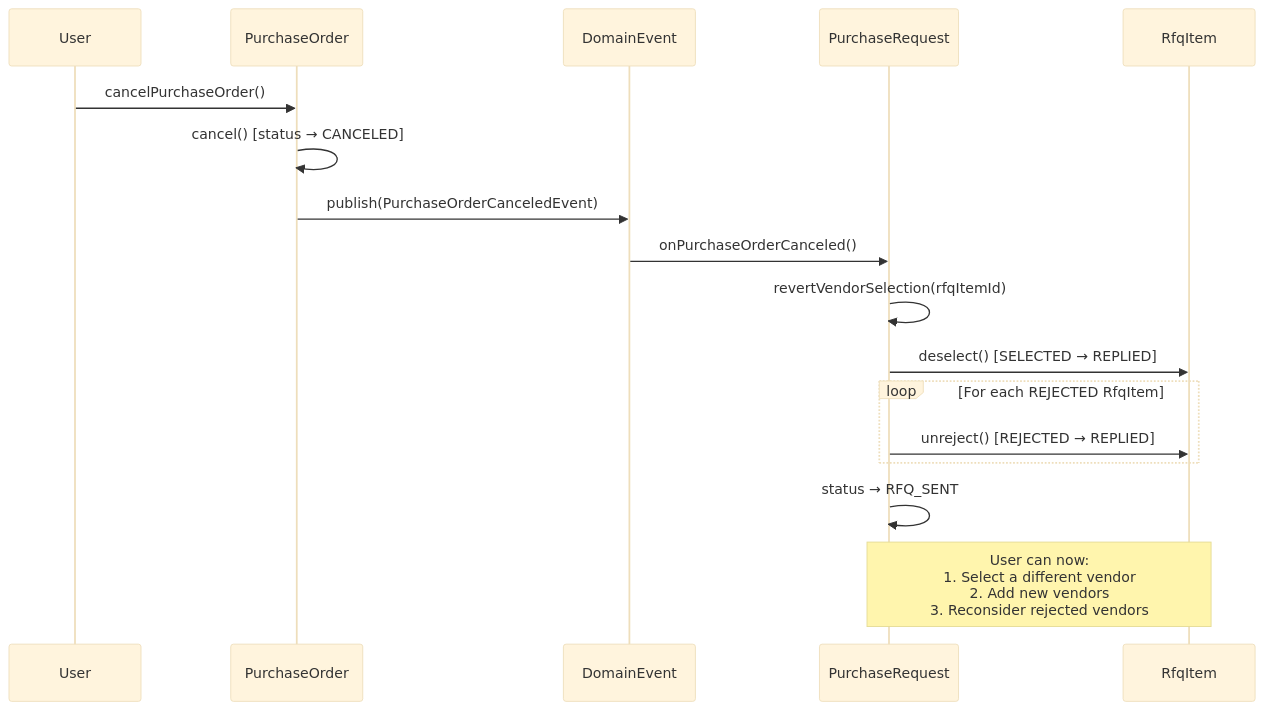
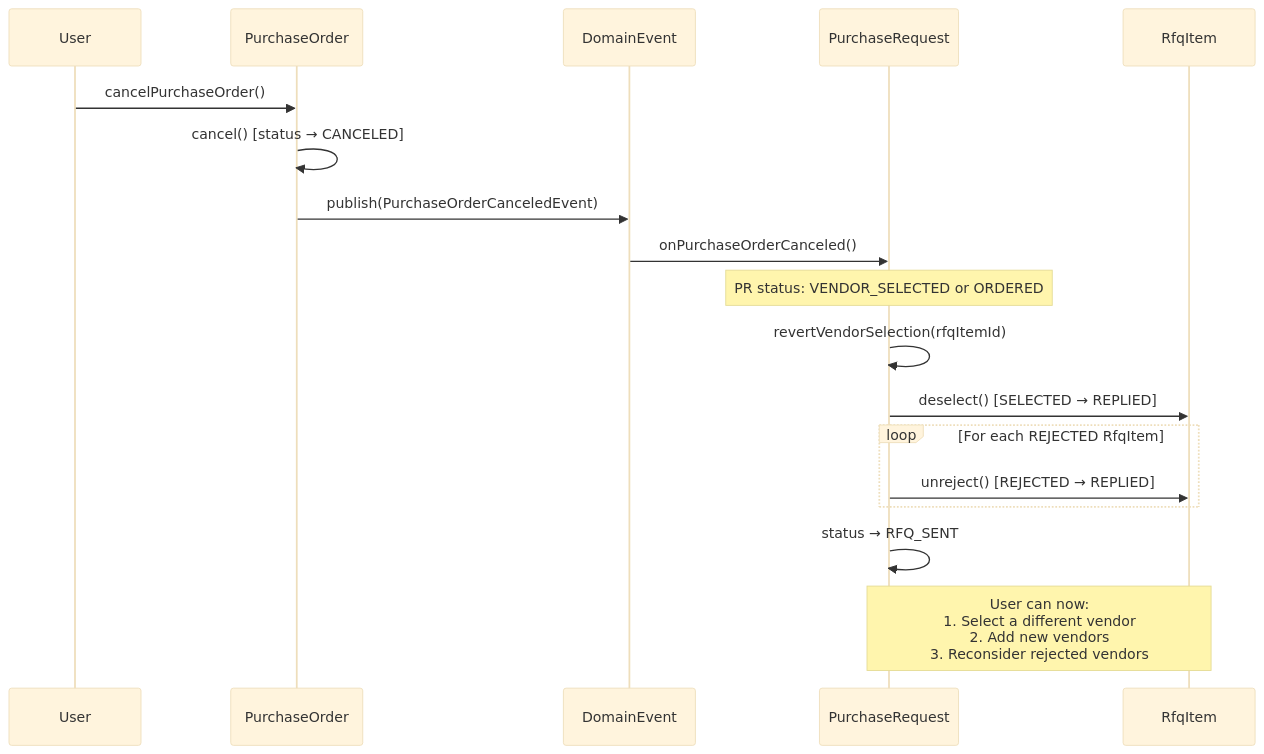
One commit to donghwunline/wellkorea-erp changed the fourth of 5 diagrams in docs/architecture/purchasing-state-machines.md. Above: the diagram before and after it, drawn with Mermaid (base theme). The commit also changed other lines of this file and 13 other files, not shown here.

First line of the commit message:
feat(purchasing): add ORDERED status to PurchaseRequest workflow

````diff
--- a/docs/architecture/purchasing-state-machines.md
+++ b/docs/architecture/purchasing-state-machines.md
@@ -170,25 +220,26 @@
 ```mermaid
 sequenceDiagram
     participant User
     participant PO as PurchaseOrder
     participant Event as DomainEvent
     participant PR as PurchaseRequest
     participant RFQ as RfqItem
 
     User->>PO: cancelPurchaseOrder()
     PO->>PO: cancel() [status → CANCELED]
     PO->>Event: publish(PurchaseOrderCanceledEvent)
 
     Event->>PR: onPurchaseOrderCanceled()
+    Note over PR: PR status: VENDOR_SELECTED or ORDERED
     PR->>PR: revertVendorSelection(rfqItemId)
 
     PR->>RFQ: deselect() [SELECTED → REPLIED]
 
     loop For each REJECTED RfqItem
         PR->>RFQ: unreject() [REJECTED → REPLIED]
     end
 
     PR->>PR: status → RFQ_SENT
 
     Note over PR,RFQ: User can now:<br/>1. Select a different vendor<br/>2. Add new vendors<br/>3. Reconsider rejected vendors
 ```
````
